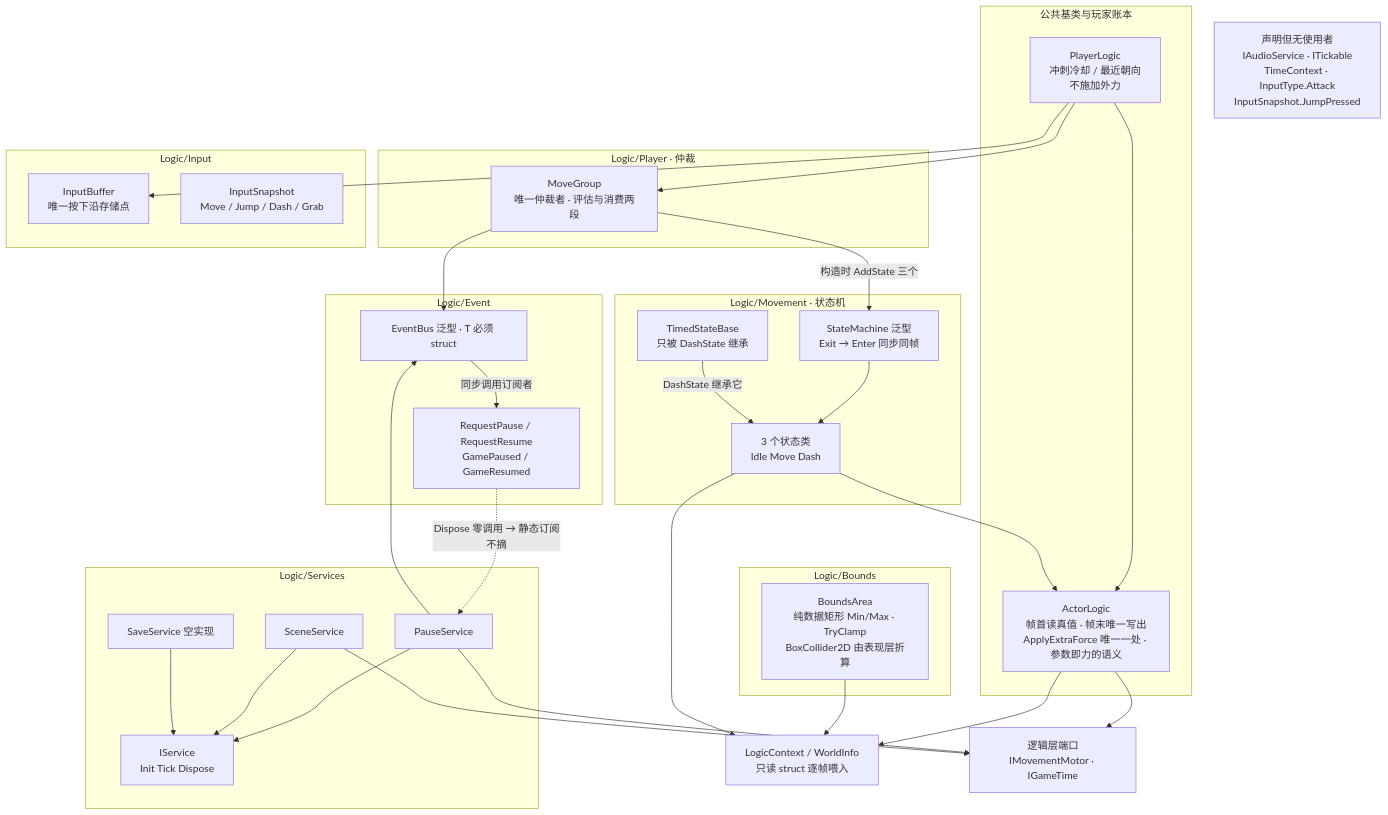
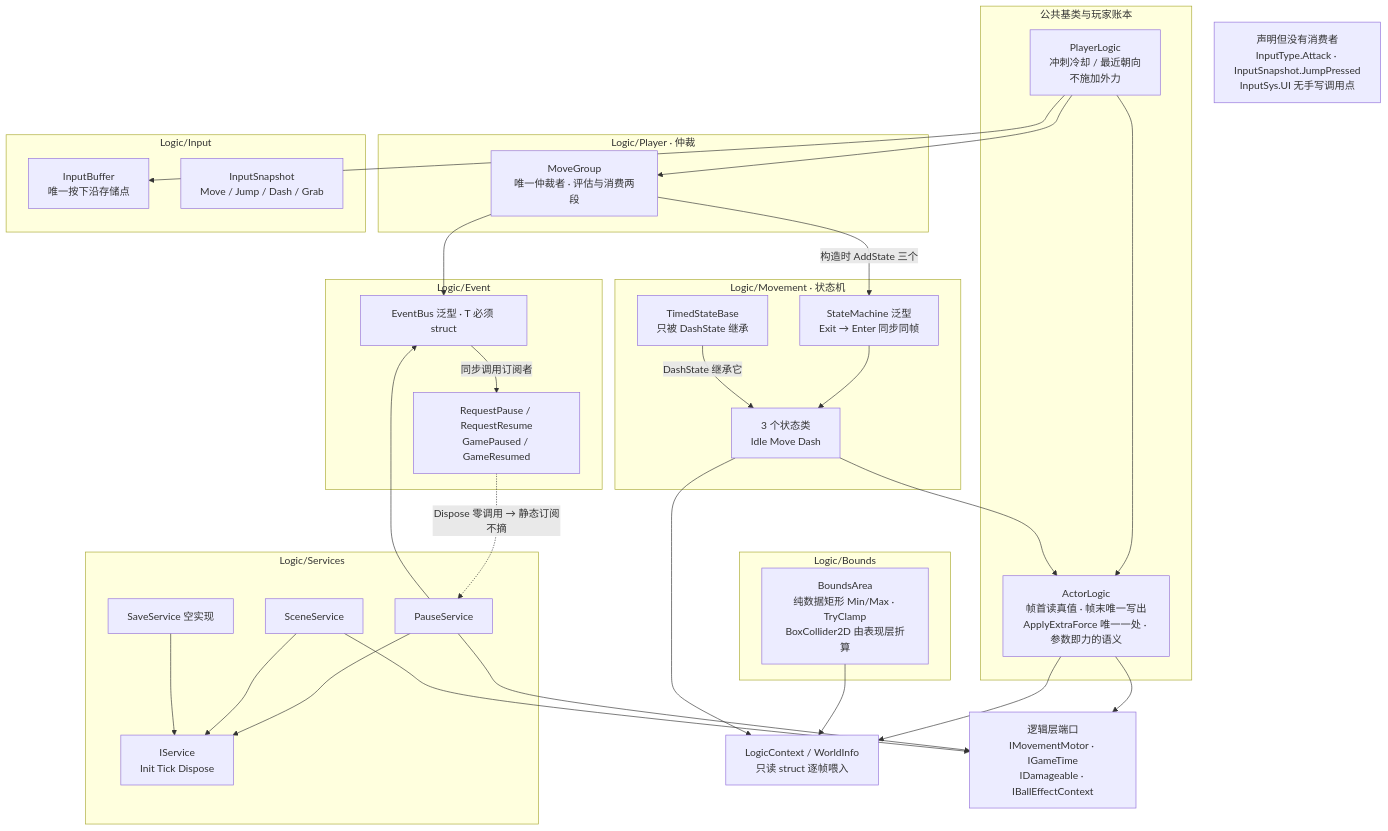
The third of 16 diagrams in Docs/框架设计/架构图集.md (5FYZhou/deepseaoil), drawn with Mermaid before and after one commit. The commit also changed other lines of this file and 152 other files, not shown here.

````diff
--- a/Docs/框架设计/架构图集.md
+++ b/Docs/框架设计/架构图集.md
@@ -129,55 +129,55 @@
 ```mermaid
 flowchart TD
   subgraph ENT["公共基类与玩家账本"]
     AL["ActorLogic<br/>帧首读真值 · 帧末唯一写出<br/>ApplyExtraForce 唯一一处 · 参数即力的语义"]
     PL["PlayerLogic<br/>冲刺冷却 / 最近朝向<br/>不施加外力"]
   end
   subgraph ARB["Logic/Player · 仲裁"]
     MG["MoveGroup<br/>唯一仲裁者 · 评估与消费两段"]
   end
   subgraph FSM["Logic/Movement · 状态机"]
     SM["StateMachine 泛型<br/>Exit → Enter 同步同帧"]
     ST["3 个状态类<br/>Idle Move Dash"]
     TSB["TimedStateBase<br/>只被 DashState 继承"]
   end
   subgraph INP["Logic/Input"]
     IB["InputBuffer<br/>唯一按下沿存储点"]
     ISN["InputSnapshot<br/>Move / Jump / Dash / Grab"]
   end
   subgraph BND["Logic/Bounds"]
     BA["BoundsArea<br/>纯数据矩形 Min/Max · TryClamp<br/>BoxCollider2D 由表现层折算"]
   end
   subgraph SVC["Logic/Services"]
     ISI["IService<br/>Init Tick Dispose"]
     PS["PauseService"]
     SS["SceneService"]
     SV2["SaveService 空实现"]
   end
   subgraph EVT["Logic/Event"]
     EB["EventBus 泛型 · T 必须 struct"]
     EV["RequestPause / RequestResume<br/>GamePaused / GameResumed"]
   end
   LC["LogicContext / WorldInfo<br/>只读 struct 逐帧喂入"]
-  PORT["逻辑层端口<br/>IMovementMotor · IGameTime"]
-  DEAD["声明但无使用者<br/>IAudioService · ITickable<br/>TimeContext · InputType.Attack<br/>InputSnapshot.JumpPressed"]
+  PORT["逻辑层端口<br/>IMovementMotor · IGameTime<br/>IDamageable · IBallEffectContext"]
+  DEAD["声明但没有消费者<br/>InputType.Attack · InputSnapshot.JumpPressed<br/>InputSys.UI 无手写调用点"]
   PL --> AL
   PL --> MG
   PL --> IB
   MG -->|"构造时 AddState 三个"| SM
   SM --> ST
   ST --> AL
   TSB -->|"DashState 继承它"| ST
   AL --> LC
   BA --> LC
   AL --> PORT
   ST --> LC
   MG --> EB
   EB -->|"同步调用订阅者"| EV
   PS --> EB
   PS --> ISI
   SS --> ISI
   SV2 --> ISI
   PS --> PORT
   SS --> PORT
   EV -.->|"Dispose 零调用 → 静态订阅不摘"| PS
 ```
````
